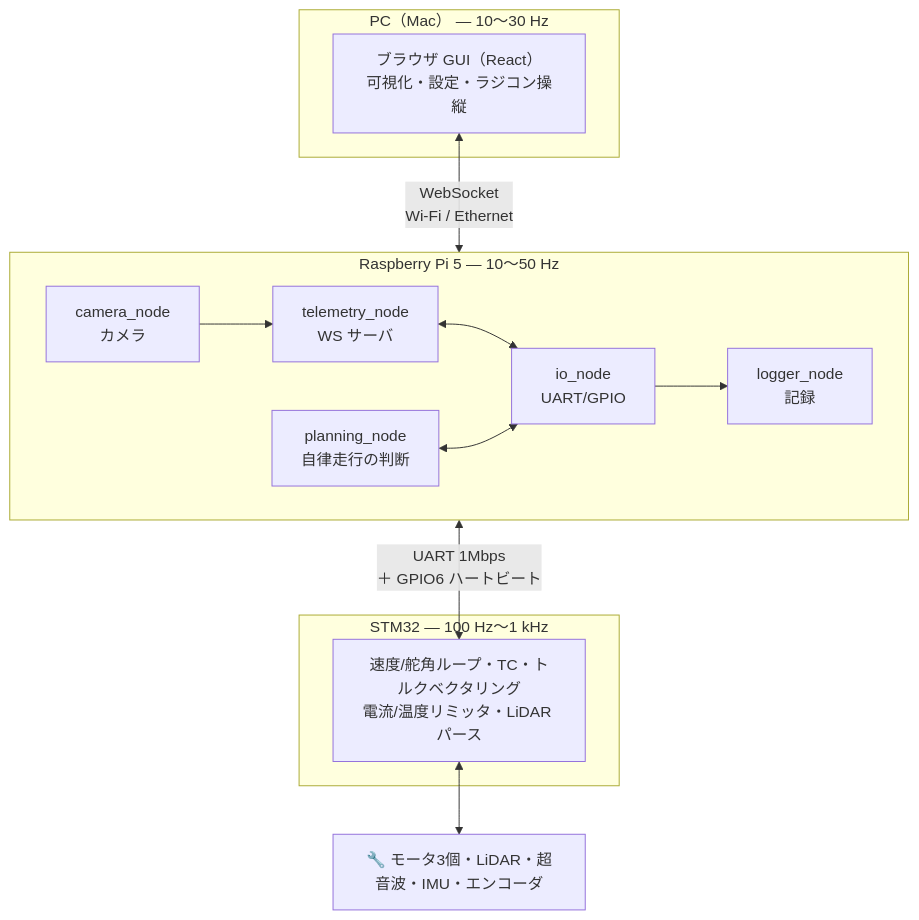
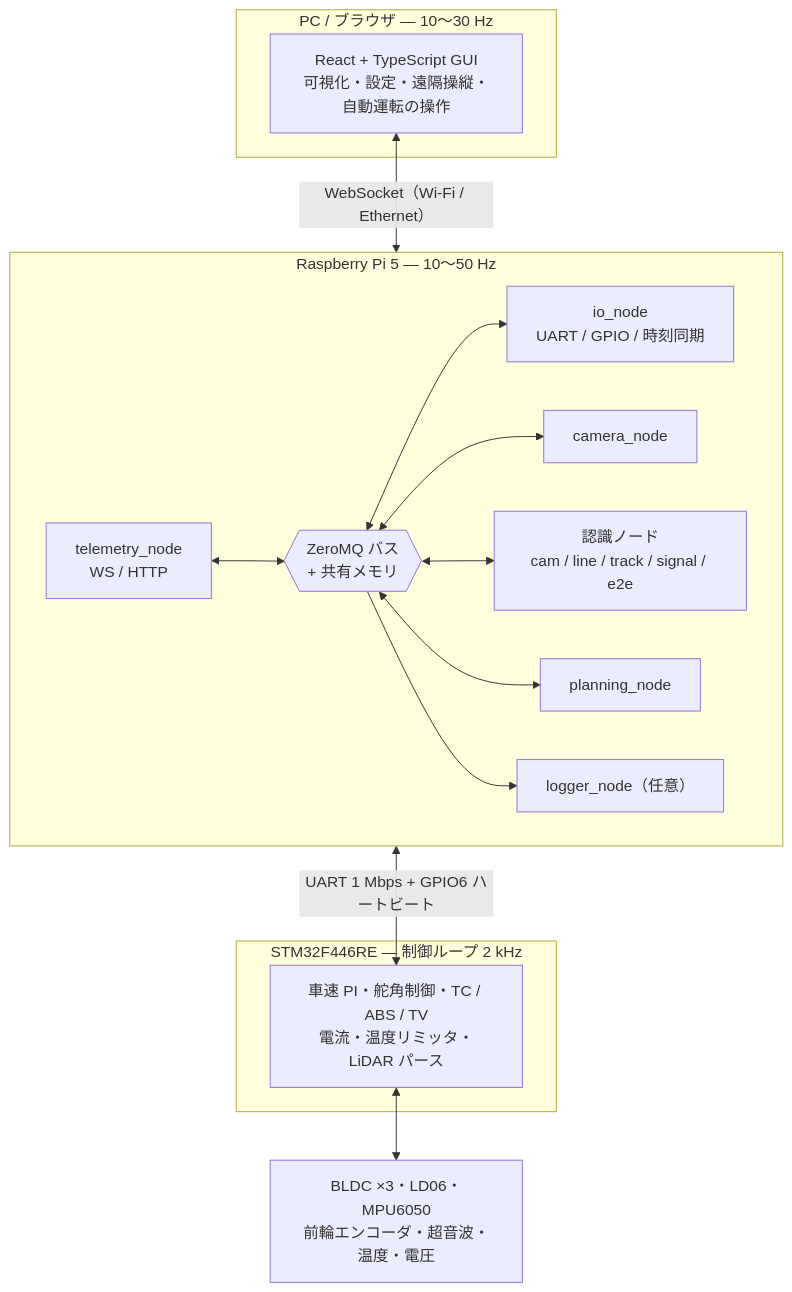
Before and after one commit to banbatakumi/AutonomousCar_RasPi: the first of 2 diagrams in surge_mk2/docs/system_overview.md, drawn with Mermaid. The commit also changed other lines of this file and 165 other files, not shown here.

````diff
--- a/surge_mk2/docs/system_overview.md
+++ b/surge_mk2/docs/system_overview.md
@@ -35,29 +45,30 @@
 ```mermaid
 flowchart TB
-    subgraph PC["PC（Mac） — 10〜30 Hz"]
-        GUI["ブラウザ GUI（React）<br/>可視化・設定・ラジコン操縦"]
+    subgraph PC["PC / ブラウザ — 10〜30 Hz"]
+        GUI["React + TypeScript GUI<br/>可視化・設定・遠隔操縦・自動運転の操作"]
     end
-
     subgraph PI["Raspberry Pi 5 — 10〜50 Hz"]
         direction LR
-        IO["io_node<br/>UART/GPIO"]
-        PLAN["planning_node<br/>自律走行の判断"]
-        TELE["telemetry_node<br/>WS サーバ"]
-        CAM["camera_node<br/>カメラ"]
-        LOG["logger_node<br/>記録"]
+        IO["io_node<br/>UART / GPIO / 時刻同期"]
+        CAM["camera_node"]
+        PERC["認識ノード<br/>cam / line / track / signal / e2e"]
+        PLAN["planning_node"]
+        TELE["telemetry_node<br/>WS / HTTP"]
+        LOG["logger_node（任意）"]
+        BUS{{"ZeroMQ バス<br/>+ 共有メモリ"}}
     end
+    subgraph STM["STM32F446RE — 制御ループ 2 kHz"]
+        FW["車速 PI・舵角制御・TC / ABS / TV<br/>電流・温度リミッタ・LiDAR パース"]
+    end
+    HW["BLDC ×3・LD06・MPU6050<br/>前輪エンコーダ・超音波・温度・電圧"]
 
-    subgraph STM["STM32 — 100 Hz〜1 kHz"]
-        CTRL["速度/舵角ループ・TC・トルクベクタリング<br/>電流/温度リミッタ・LiDAR パース"]
-    end
-
-    HW["🔧 モータ3個・LiDAR・超音波・IMU・エンコーダ"]
-
-    GUI <-->|"WebSocket<br/>Wi-Fi / Ethernet"| TELE
-    TELE <--> IO
-    PLAN <--> IO
-    CAM --> TELE
-    IO --> LOG
-    IO <-->|"UART 1Mbps<br/>＋ GPIO6 ハートビート"| CTRL
-    CTRL <--> HW
+    GUI <-->|"WebSocket（Wi-Fi / Ethernet）"| TELE
+    TELE <--> BUS
+    BUS <--> IO
+    BUS <--> CAM
+    BUS <--> PERC
+    BUS <--> PLAN
+    BUS --> LOG
+    IO <-->|"UART 1 Mbps + GPIO6 ハートビート"| FW
+    FW <--> HW
 ```
````
